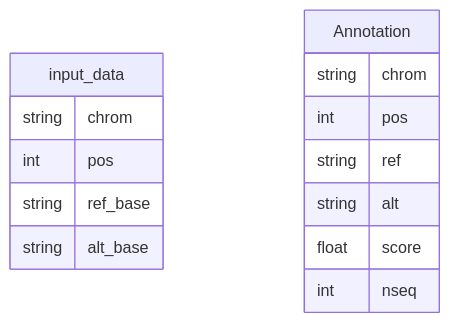
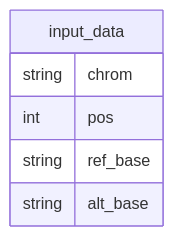
Before and after one commit to KarchinLab/oc_vignettes: the third of 3 diagrams in making_annotator_modules.qmd, drawn with Mermaid. The commit also changed other lines of this file and 1 other file, not shown here.

````diff
--- a/making_annotator_modules.qmd
+++ b/making_annotator_modules.qmd
@@ -327,17 +389,9 @@
 ```{mermaid}
 erDiagram
     input_data{
       string chrom
       int pos
       string ref_base
       string alt_base
     }
-    Annotation{
-        string chrom
-        int pos
-        string ref
-        string alt
-        float score
-        int nseq
-    }
 ```
````
